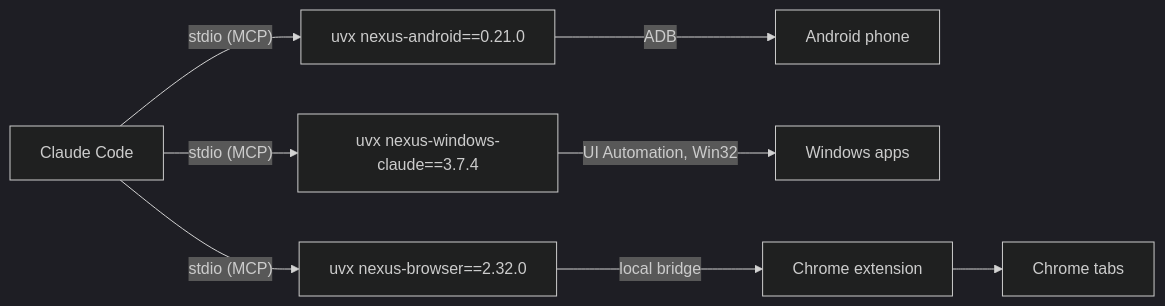
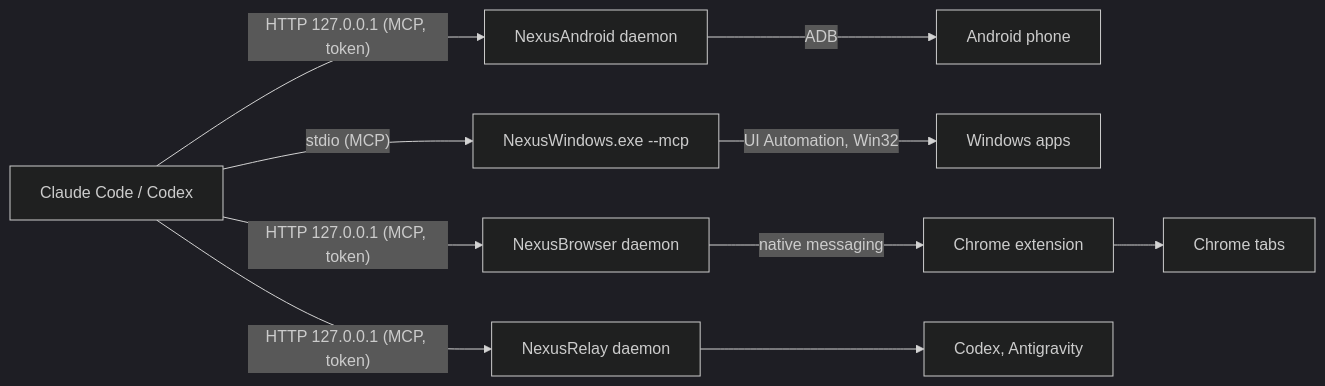
Before and after one commit to pironjulien/NexusSystem: the diagram in README.md, drawn with Mermaid (dark theme). The commit also changed other lines of this file and 82 other files, not shown here.

````diff
--- a/README.md
+++ b/README.md
@@ -156,6 +146,7 @@
 ```mermaid
 flowchart LR
-    C["Claude Code"] -- "stdio (MCP)" --> A["uvx nexus-android==0.21.0"] -- ADB --> P["Android phone"]
-    C -- "stdio (MCP)" --> W["uvx nexus-windows-claude==3.7.4"] -- "UI Automation, Win32" --> D["Windows apps"]
-    C -- "stdio (MCP)" --> B["uvx nexus-browser==2.32.0"] -- "local bridge" --> E["Chrome extension"] --> T["Chrome tabs"]
+    C["Claude Code / Codex"] -- "HTTP 127.0.0.1 (MCP, token)" --> A["NexusAndroid daemon"] -- ADB --> P["Android phone"]
+    C -- "stdio (MCP)" --> W["NexusWindows.exe --mcp"] -- "UI Automation, Win32" --> D["Windows apps"]
+    C -- "HTTP 127.0.0.1 (MCP, token)" --> B["NexusBrowser daemon"] -- "native messaging" --> E["Chrome extension"] --> T["Chrome tabs"]
+    C -- "HTTP 127.0.0.1 (MCP, token)" --> R["NexusRelay daemon"] --> O["Codex, Antigravity"]
 ```
````
